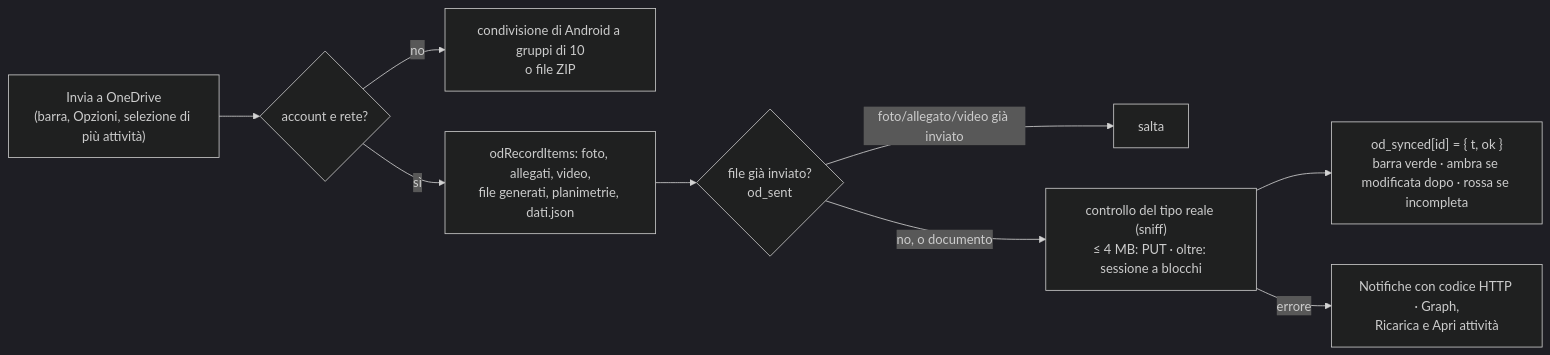
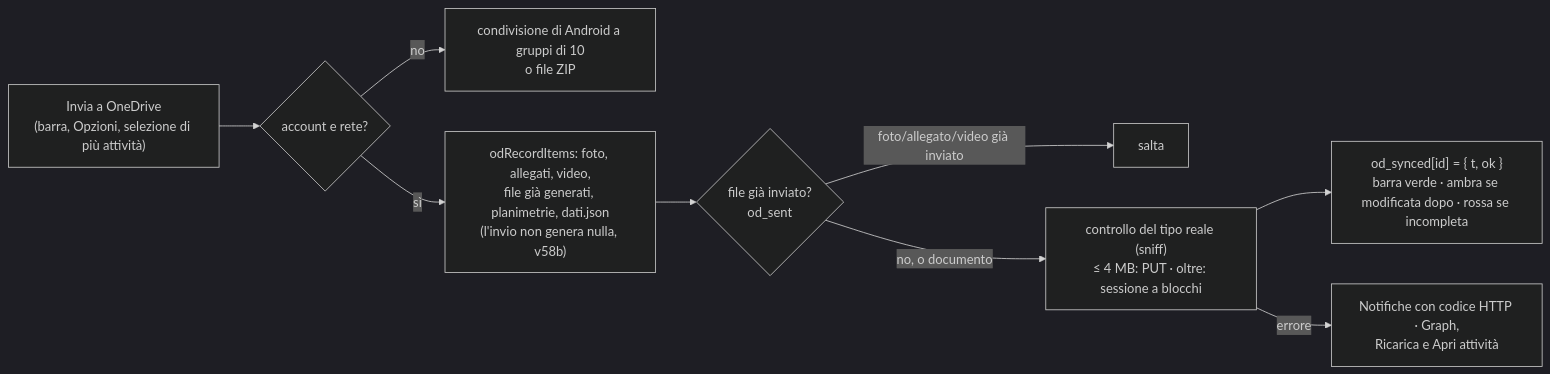
One commit to Waro/AppAmbiente changed the third of 11 diagrams in docs/FLUSSI.md. Above: the diagram before and after it, drawn with Mermaid (dark theme). The commit also changed 9 other files, not shown here.

````diff
--- a/docs/FLUSSI.md
+++ b/docs/FLUSSI.md
@@ -58,11 +58,11 @@
 ```mermaid
 flowchart LR
   A["Invia a OneDrive<br/>(barra, Opzioni, selezione di più attività)"] --> B{account e rete?}
   B -- no --> Z["condivisione di Android a gruppi di 10<br/>o file ZIP"]
-  B -- sì --> C["odRecordItems: foto, allegati, video,<br/>file generati, planimetrie, dati.json"]
+  B -- sì --> C["odRecordItems: foto, allegati, video,<br/>file già generati, planimetrie, dati.json<br/>(l'invio non genera nulla, v58b)"]
   C --> D{file già inviato?<br/>od_sent}
   D -- foto/allegato/video già inviato --> E[salta]
   D -- no, o documento --> F["controllo del tipo reale (sniff)<br/>≤ 4 MB: PUT · oltre: sessione a blocchi"]
   F --> G["od_synced[id] = { t, ok }<br/>barra verde · ambra se modificata dopo · rossa se incompleta"]
   F -- errore --> H["Notifiche con codice HTTP · Graph,<br/>Ricarica e Apri attività"]
 ```
````
